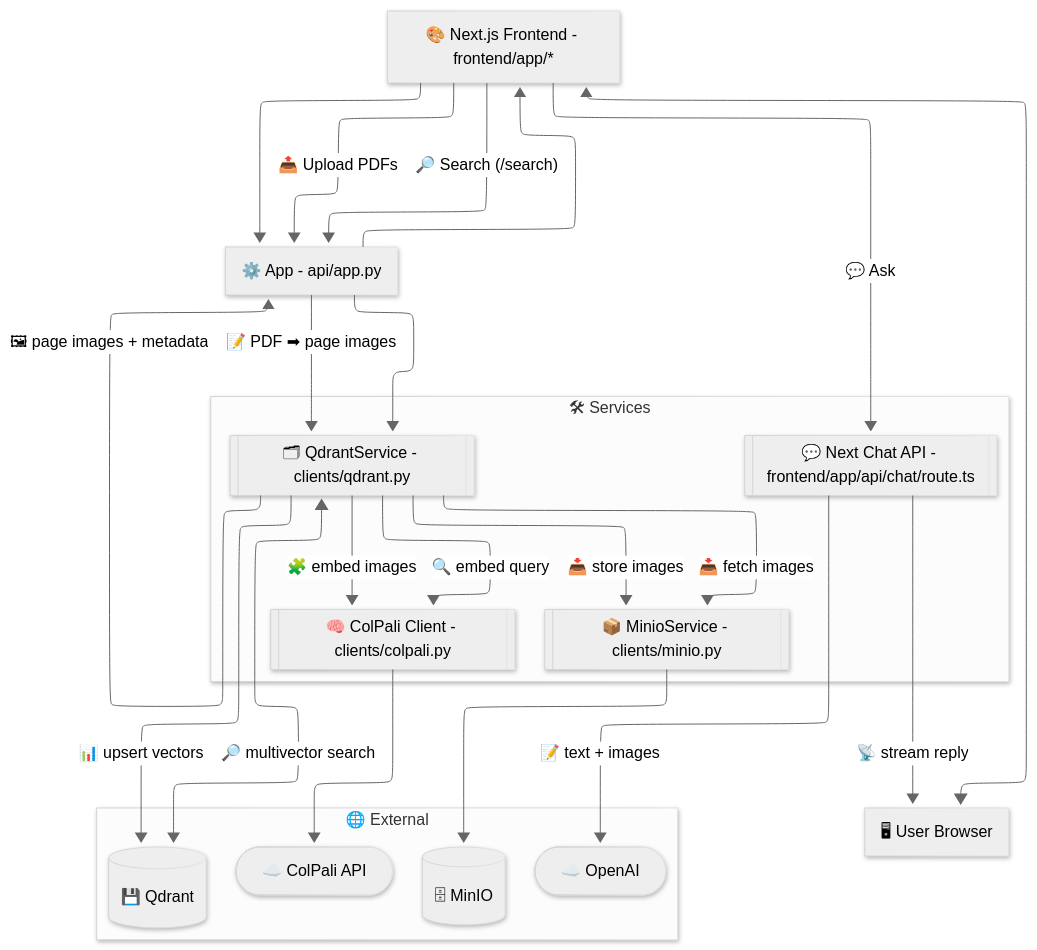
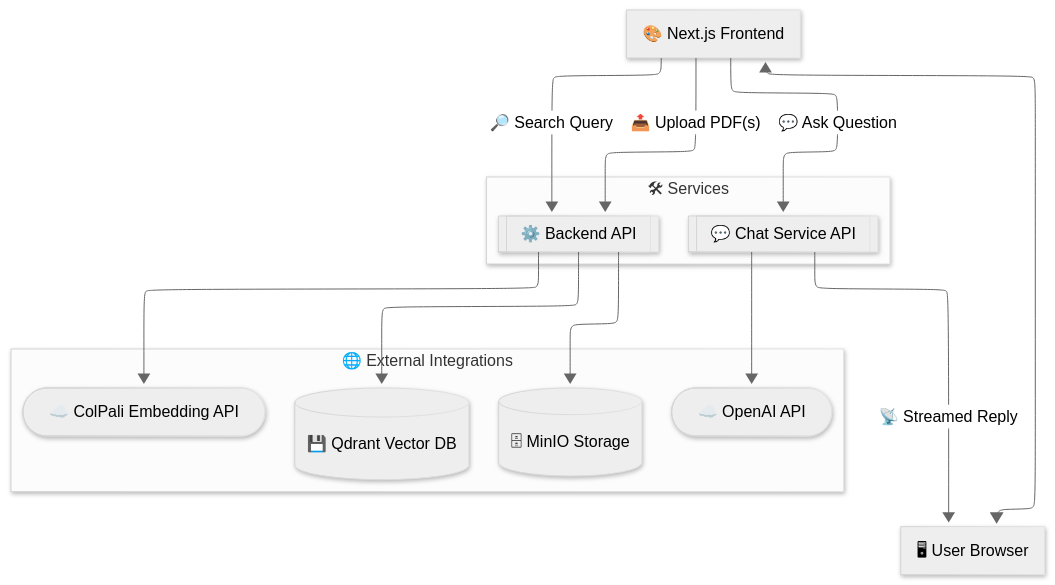
One commit to athrael-soju/Snappy changed the diagram in backend/docs/architecture.md. Above: the diagram before and after it, drawn with Mermaid.

Commit message:
docs: add system architecture documentation with component diagrams and deployment details

````diff
--- a/backend/docs/architecture.md
+++ b/backend/docs/architecture.md
@@ -5,39 +5,26 @@
 ```mermaid
 ---
 config:
   theme: neutral
   layout: elk
   look: neo
 ---
 flowchart TB
  subgraph Services["🛠 Services"]
-        QS[["🗂 QdrantService - clients/qdrant.py"]]
-        MINIO[["📦 MinioService - clients/minio.py"]]
-        COL[["🧠 ColPali Client - clients/colpali.py"]]
-        NXCHAT[["💬 Next Chat API - frontend/app/api/chat/route.ts"]]
+        BACKEND[["⚙️ Backend API"]]
+        NXCHAT[["💬 Chat Service API"]]
   end
- subgraph External["🌐 External"]
-        QD[("💾 Qdrant")]
-        MN[("🗄 MinIO")]
-        CQ(["☁️ ColPali API"])
-        OA(["☁️ OpenAI"])
+ subgraph External["🌐 External Integrations"]
+        QD[("💾 Qdrant Vector DB")]
+        MN[("🗄 MinIO Storage")]
+        CQ(["☁️ ColPali Embedding API"])
+        OA(["☁️ OpenAI API"])
   end
-    U["🖥 User Browser"] <--> NEXT["🎨 Next.js Frontend - frontend/app/*"]
-    NEXT --> APP["⚙️ App - api/app.py"]
-    NEXT -- 📤 Upload PDFs --> APP
-    APP -- 📝 PDF ➡ page images --> QS
-    QS -- 📥 store images --> MINIO
-    MINIO --> MN
-    QS -- 🧩 embed images --> COL
-    COL --> CQ
-    QS -- 📊 upsert vectors --> QD
-    NEXT -- 🔎 Search (/search) --> APP
-    APP --> QS & NEXT
-    QS -- 🔍 embed query --> COL
-    QS <-- 🔎 multivector search --> QD
-    QS -- 📥 fetch images --> MINIO
-    QS -- 🖼 page images + metadata --> APP
-    NEXT -- 💬 Ask --> NXCHAT
-    NXCHAT -- 📝 text + images --> OA
-    NXCHAT -- 📡 stream reply --> U
+    U["🖥 User Browser"] <--> NEXT["🎨 Next.js Frontend"]
+    NEXT -- 📤 Upload PDF(s) --> BACKEND
+    NEXT -- 🔎 Search Query --> BACKEND
+    BACKEND --> MN & CQ & QD
+    NEXT -- 💬 Ask Question --> NXCHAT
+    NXCHAT --> OA
+    NXCHAT -- 📡 Streamed Reply --> U
 ```
````
